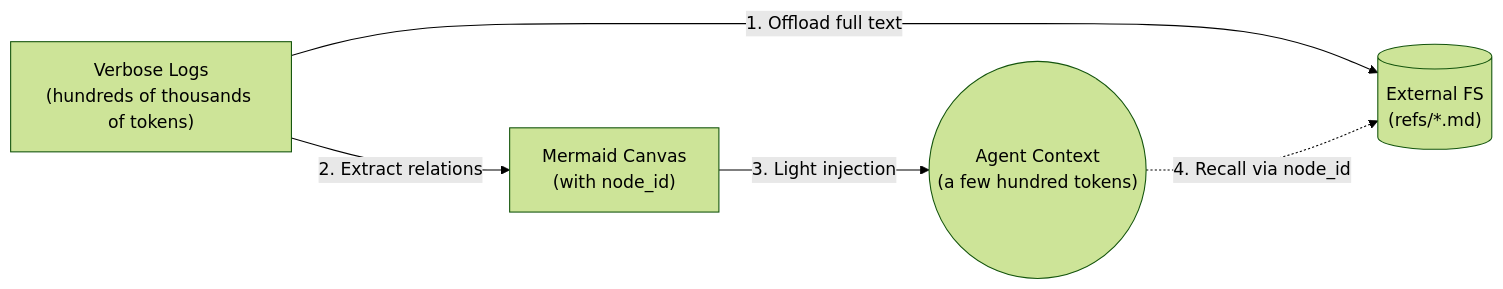
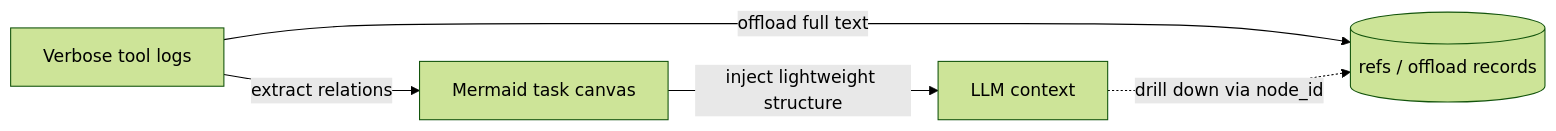
One commit to A1pha3/text-matrix changed the second of 2 diagrams in content/posts/tech/tencentdb-agent-memory.md. Above: the diagram before and after it, drawn with Mermaid (forest theme). The commit also changed other lines of this file, not shown here.

First line of the commit message:
refactor: update TencentDB Agent Memory article to clarify memory architecture and context offload mechanisms

````diff
--- a/content/posts/tech/tencentdb-agent-memory.md
+++ b/content/posts/tech/tencentdb-agent-memory.md
@@ -143,8 +152,7 @@
 ```mermaid
 graph LR
-    Log["Verbose Logs<br/>(hundreds of thousands of tokens)"] -->|"1. Offload full text"| FS[("External FS<br/>(refs/*.md)")]
-    Log -->|"2. Extract relations"| MMD["Mermaid Canvas<br/>(with node_id)"]
-    
-    MMD -->|"3. Light injection"| Agent(("Agent Context<br/>(a few hundred tokens)"))
-    Agent -. "4. Recall via node_id" .-> FS
+    Log["Verbose tool logs"] -->|"offload full text"| FS[("refs / offload records")]
+    Log -->|"extract relations"| MMD["Mermaid task canvas"]
+    MMD -->|"inject lightweight structure"| Ctx["LLM context"]
+    Ctx -. "drill down via node_id" .-> FS
 ```
````
